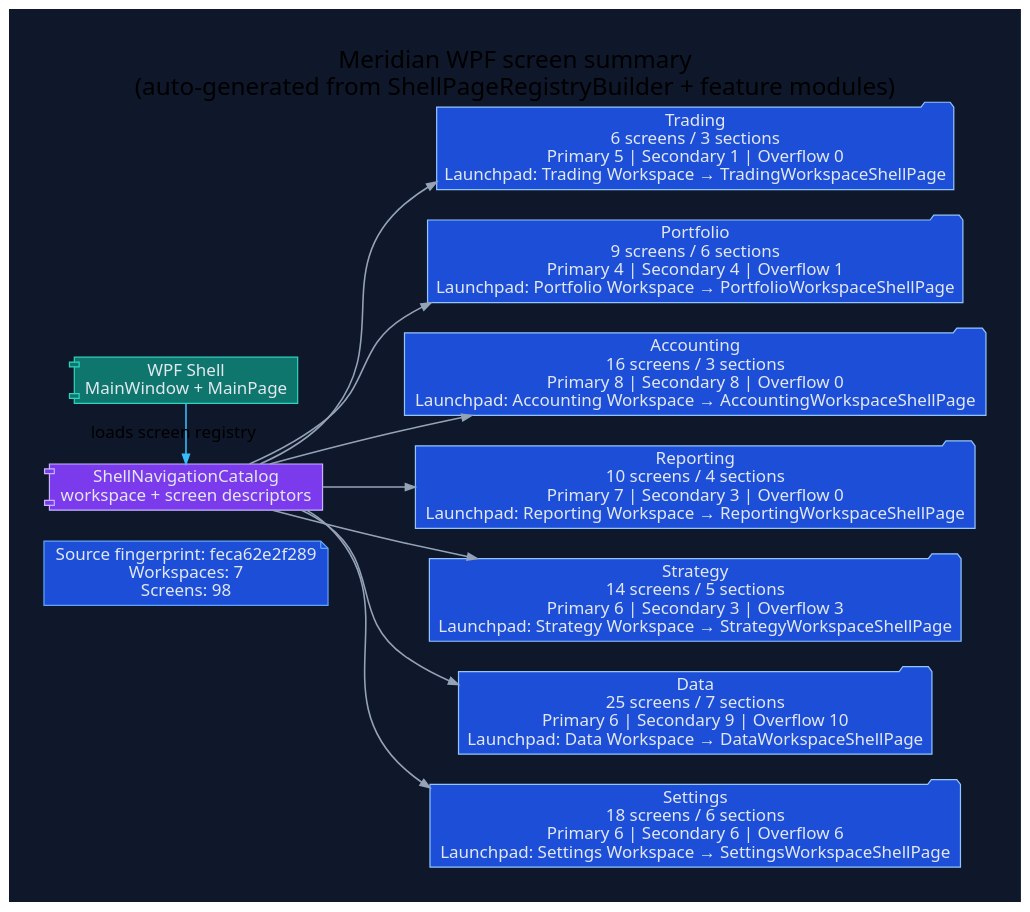
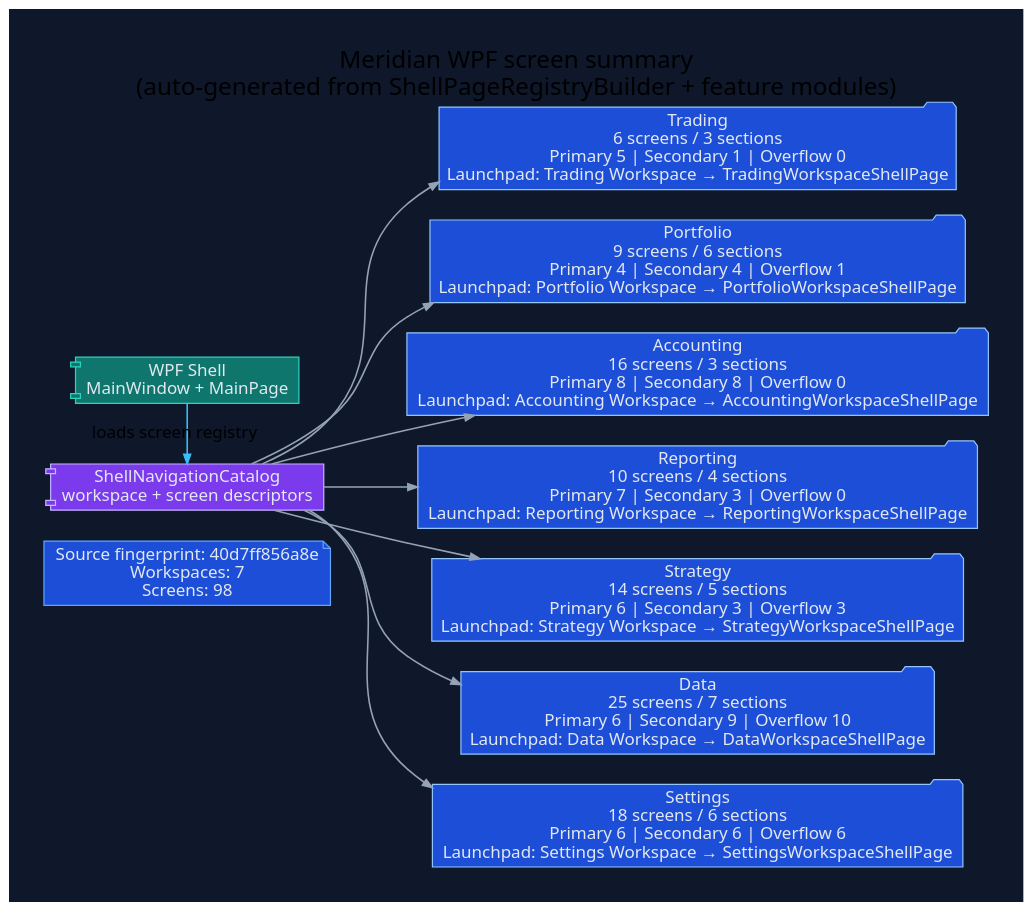
One commit to rodoHasArrived/Meridian-main changed the diagram in docs/diagrams/ui/ui-wpf-screen-summary.dot. Above: the diagram before and after it, drawn with Graphviz. The commit also changed 51 other files, not shown here.

First line of the commit message:
Regenerate maintained docs, diagrams and dashboards

```diff
--- a/docs/diagrams/ui/ui-wpf-screen-summary.dot
+++ b/docs/diagrams/ui/ui-wpf-screen-summary.dot
@@ -1,42 +1,42 @@
 // -----------------------------------------------------------------------------
 // <auto-generated>
 // Generated by scripts/generate-diagrams.mjs.
 // Do not edit this file directly; update the WPF source files instead.
 // -----------------------------------------------------------------------------
 digraph WpfScreenSummary {
   graph [
     rankdir=LR,
     labelloc=t,
     label="Meridian WPF screen summary\n(auto-generated from ShellPageRegistryBuilder + feature modules)",
     fontname="Segoe UI",
     fontsize=20,
     pad=0.4,
     nodesep=0.35,
     ranksep=0.85,
     bgcolor="#0f172a"
   ];
   node [fontname="Segoe UI", shape=box, style="rounded,filled", color="#475569", fontcolor="#e2e8f0", fillcolor="#1e293b"];
   edge [fontname="Segoe UI", color="#94a3b8", penwidth=1.3, arrowsize=0.8];
 
-  generated [shape=note, fillcolor="#1d4ed8", color="#60a5fa", label="Source fingerprint: feca62e2f289\nWorkspaces: 7\nScreens: 98"];
+  generated [shape=note, fillcolor="#1d4ed8", color="#60a5fa", label="Source fingerprint: 40d7ff856a8e\nWorkspaces: 7\nScreens: 98"];
   shell [shape=component, fillcolor="#0f766e", color="#2dd4bf", label="WPF Shell\nMainWindow + MainPage"];
   catalog [shape=component, fillcolor="#7c3aed", color="#c4b5fd", label="ShellNavigationCatalog\nworkspace + screen descriptors"];
   shell -> catalog [label="loads screen registry", color="#38bdf8"];
 
   workspace_1 [shape=folder, fillcolor="#1d4ed8", color="#93c5fd", label="Trading\n6 screens / 3 sections\nPrimary 5 | Secondary 1 | Overflow 0\nLaunchpad: Trading Workspace → TradingWorkspaceShellPage"];
   catalog -> workspace_1;
   workspace_2 [shape=folder, fillcolor="#1d4ed8", color="#93c5fd", label="Portfolio\n9 screens / 6 sections\nPrimary 4 | Secondary 4 | Overflow 1\nLaunchpad: Portfolio Workspace → PortfolioWorkspaceShellPage"];
   catalog -> workspace_2;
   workspace_3 [shape=folder, fillcolor="#1d4ed8", color="#93c5fd", label="Accounting\n16 screens / 3 sections\nPrimary 8 | Secondary 8 | Overflow 0\nLaunchpad: Accounting Workspace → AccountingWorkspaceShellPage"];
   catalog -> workspace_3;
   workspace_4 [shape=folder, fillcolor="#1d4ed8", color="#93c5fd", label="Reporting\n10 screens / 4 sections\nPrimary 7 | Secondary 3 | Overflow 0\nLaunchpad: Reporting Workspace → ReportingWorkspaceShellPage"];
   catalog -> workspace_4;
   workspace_5 [shape=folder, fillcolor="#1d4ed8", color="#93c5fd", label="Strategy\n14 screens / 5 sections\nPrimary 6 | Secondary 3 | Overflow 3\nLaunchpad: Strategy Workspace → StrategyWorkspaceShellPage"];
   catalog -> workspace_5;
   workspace_6 [shape=folder, fillcolor="#1d4ed8", color="#93c5fd", label="Data\n25 screens / 7 sections\nPrimary 6 | Secondary 9 | Overflow 10\nLaunchpad: Data Workspace → DataWorkspaceShellPage"];
   catalog -> workspace_6;
   workspace_7 [shape=folder, fillcolor="#1d4ed8", color="#93c5fd", label="Settings\n18 screens / 6 sections\nPrimary 6 | Secondary 6 | Overflow 6\nLaunchpad: Settings Workspace → SettingsWorkspaceShellPage"];
   catalog -> workspace_7;
 
   { rank=min; generated; shell; catalog; }
 }
```
